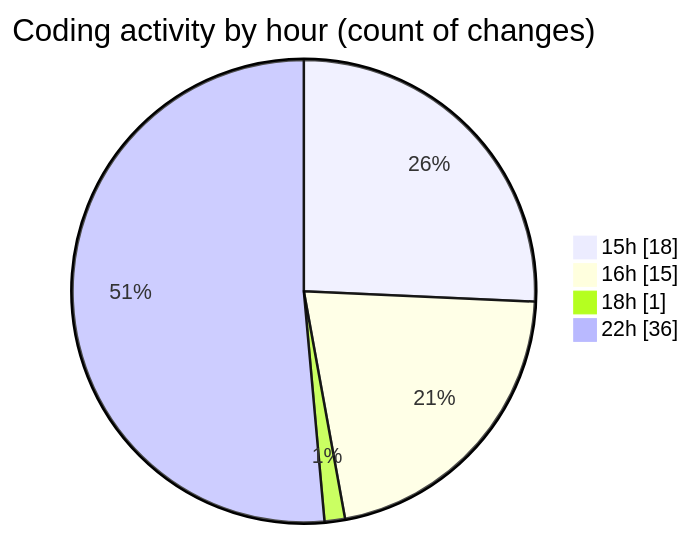
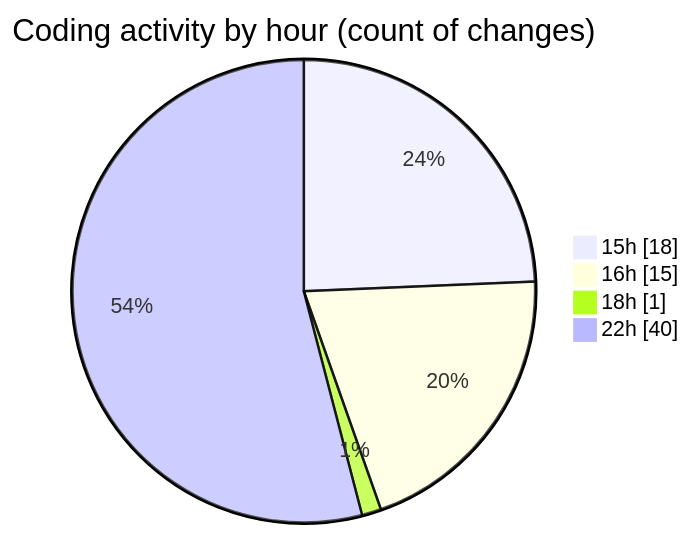
One commit to julien-gomy/code-tracking changed the second of 2 diagrams in 2025-11-05/eventscop-frontend-guide__workspace_/README.md. Above: the diagram before and after it, drawn with Mermaid. The commit also changed other lines of this file and 1 other file, not shown here.

````diff
--- a/2025-11-05/eventscop-frontend-guide__workspace_/README.md
+++ b/2025-11-05/eventscop-frontend-guide__workspace_/README.md
@@ -53,8 +53,8 @@
 ```mermaid
 pie showData
 title Coding activity by hour (count of changes)
 "15h" : 18
 "16h" : 15
 "18h" : 1
-"22h" : 36
+"22h" : 40
 ```
````
